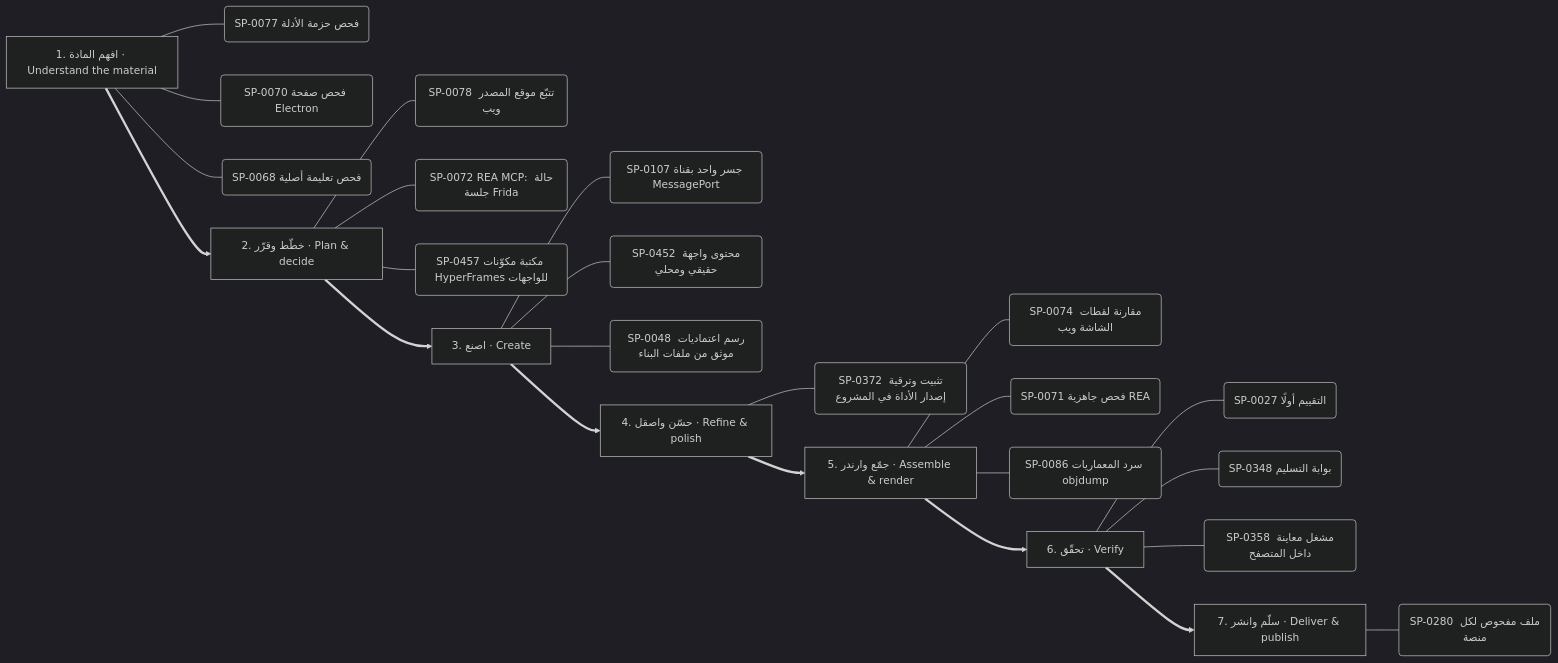
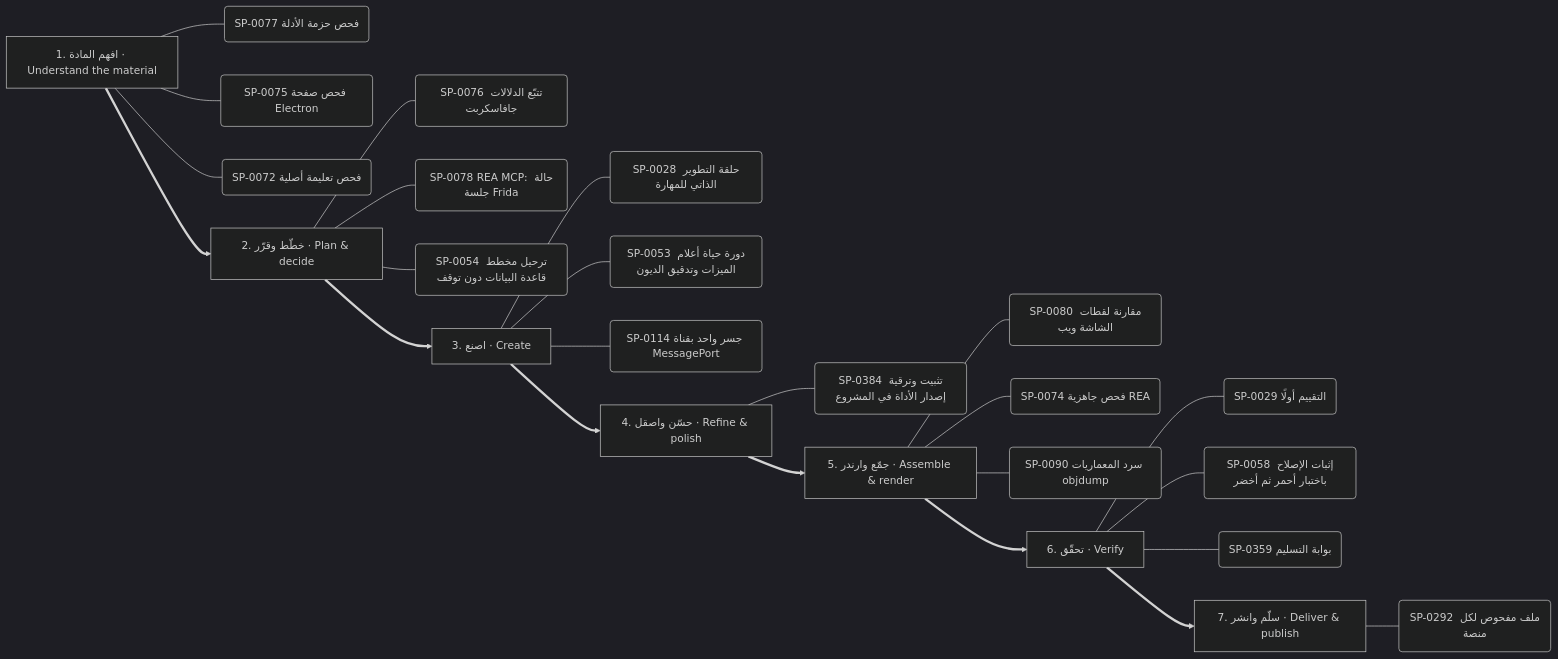
Diagram 11 of 13 in .claude/skills/kosif-superpowers/references/capability-mindmap.md (kosif199022-jpg/kosif-tool), drawn with Mermaid (dark theme) before and after one commit. The commit also changed other lines of this file and 58 other files, not shown here.

````diff
--- a/.claude/skills/kosif-superpowers/references/capability-mindmap.md
+++ b/.claude/skills/kosif-superpowers/references/capability-mindmap.md
@@ -547,33 +551,33 @@
 ```mermaid
 flowchart LR
   S0["1. افهم المادة · Understand the material"]
   S0 --- S0_0("SP-0077 فحص حزمة الأدلة")
-  S0 --- S0_1("SP-0070 فحص صفحة Electron")
-  S0 --- S0_2("SP-0068 فحص تعليمة أصلية")
+  S0 --- S0_1("SP-0075 فحص صفحة Electron")
+  S0 --- S0_2("SP-0072 فحص تعليمة أصلية")
   S1["2. خطّط وقرّر · Plan & decide"]
-  S1 --- S1_0("SP-0078 تتبّع موقع المصدر ويب")
-  S1 --- S1_1("SP-0072 REA MCP: حالة جلسة Frida")
-  S1 --- S1_2("SP-0457 مكتبة مكوّنات HyperFrames للواجهات")
+  S1 --- S1_0("SP-0076 تتبّع الدلالات جافاسكربت")
+  S1 --- S1_1("SP-0078 REA MCP: حالة جلسة Frida")
+  S1 --- S1_2("SP-0054 ترحيل مخطط قاعدة البيانات دون توقف")
   S0 ==> S1
   S2["3. اصنع · Create"]
-  S2 --- S2_0("SP-0107 جسر واحد بقناة MessagePort")
-  S2 --- S2_1("SP-0452 محتوى واجهة حقيقي ومحلي")
-  S2 --- S2_2("SP-0048 رسم اعتماديات موثق من ملفات البناء")
+  S2 --- S2_0("SP-0028 حلقة التطوير الذاتي للمهارة")
+  S2 --- S2_1("SP-0053 دورة حياة أعلام الميزات وتدقيق الديون")
+  S2 --- S2_2("SP-0114 جسر واحد بقناة MessagePort")
   S1 ==> S2
   S3["4. حسّن واصقل · Refine & polish"]
-  S3 --- S3_0("SP-0372 تثبيت وترقية إصدار الأداة في المشروع")
+  S3 --- S3_0("SP-0384 تثبيت وترقية إصدار الأداة في المشروع")
   S2 ==> S3
   S4["5. جمّع وارندر · Assemble & render"]
-  S4 --- S4_0("SP-0074 مقارنة لقطات الشاشة ويب")
-  S4 --- S4_1("SP-0071 فحص جاهزية REA")
-  S4 --- S4_2("SP-0086 سرد المعماريات objdump")
+  S4 --- S4_0("SP-0080 مقارنة لقطات الشاشة ويب")
+  S4 --- S4_1("SP-0074 فحص جاهزية REA")
+  S4 --- S4_2("SP-0090 سرد المعماريات objdump")
   S3 ==> S4
   S5["6. تحقّق · Verify"]
-  S5 --- S5_0("SP-0027 التقييم أولًا")
-  S5 --- S5_1("SP-0348 بوابة التسليم")
-  S5 --- S5_2("SP-0358 مشغل معاينة داخل المتصفح")
+  S5 --- S5_0("SP-0029 التقييم أولًا")
+  S5 --- S5_1("SP-0058 إثبات الإصلاح باختبار أحمر ثم أخضر")
+  S5 --- S5_2("SP-0359 بوابة التسليم")
   S4 ==> S5
   S6["7. سلّم وانشر · Deliver & publish"]
-  S6 --- S6_0("SP-0280 ملف مفحوص لكل منصة")
+  S6 --- S6_0("SP-0292 ملف مفحوص لكل منصة")
   S5 ==> S6
 ```
````
